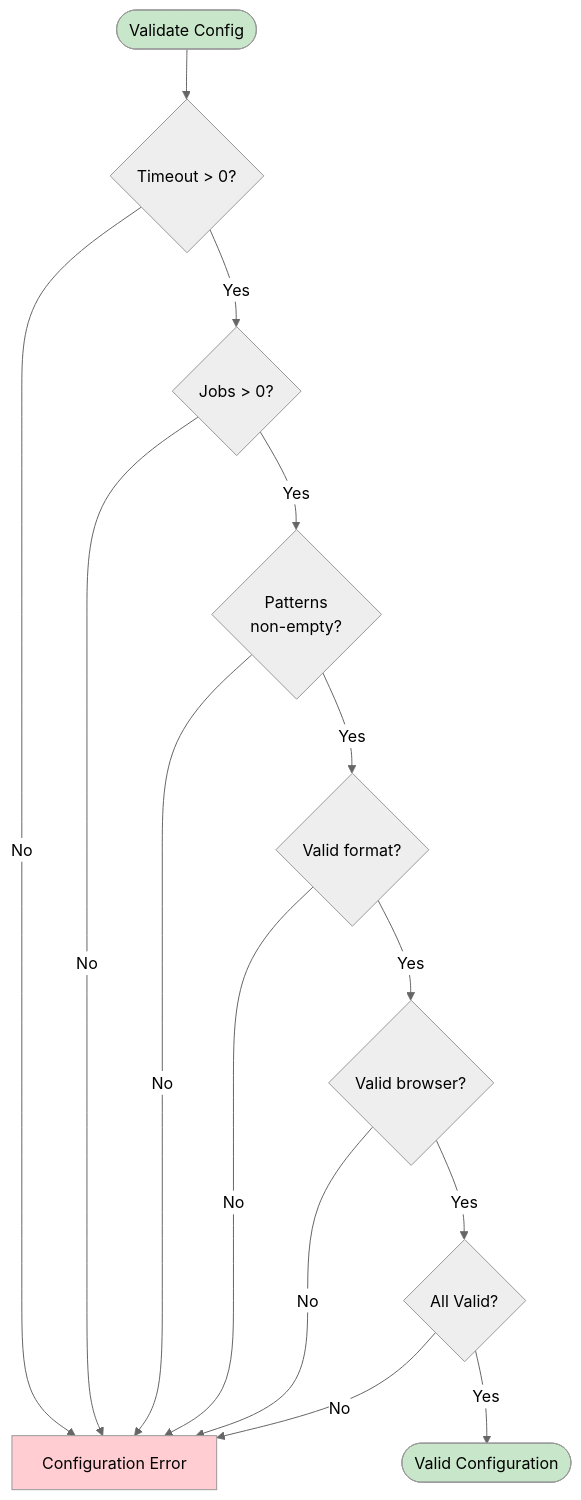
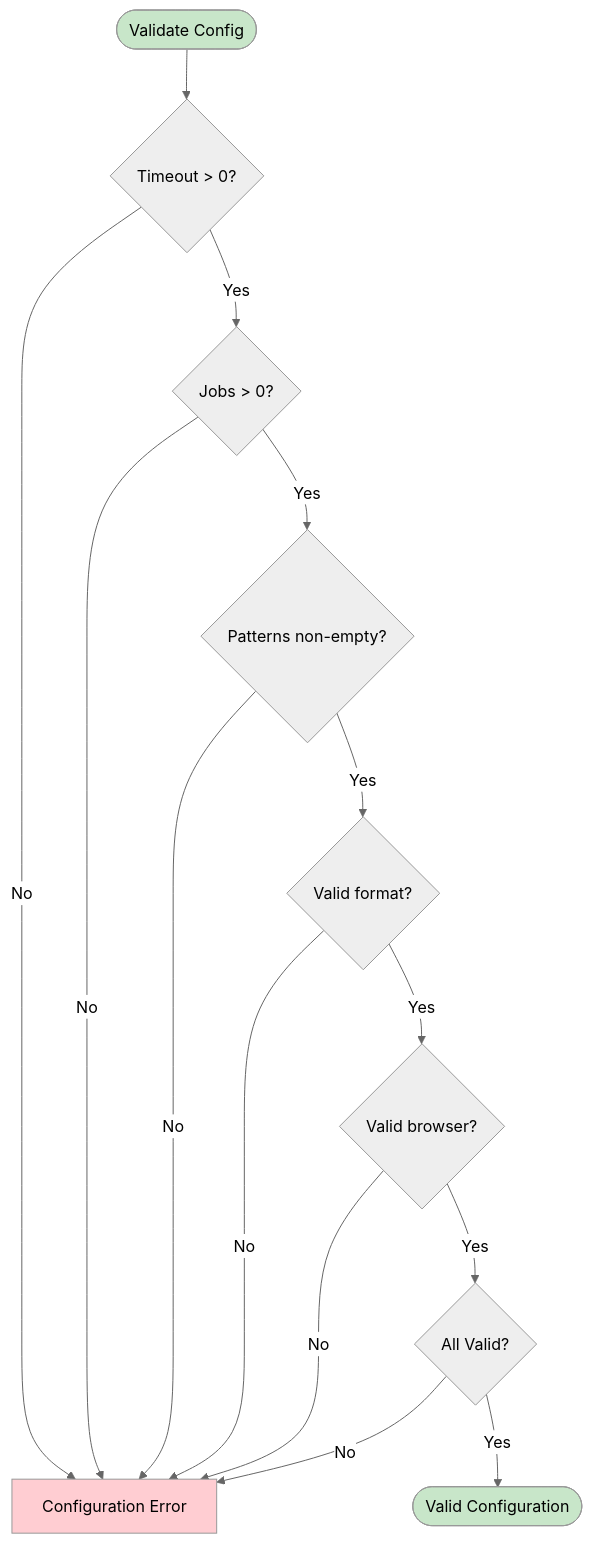
One commit to softwarewrighter/ui-test-rs changed the sixth of 8 diagrams in wiki/Configuration.md. Above: the diagram before and after it, drawn with Mermaid (neutral theme). The commit also changed other lines of this file and 10 other files, not shown here.

First line of the commit message:
Fix wiki Mermaid diagrams: remove <br/> tags

````diff
--- a/wiki/Configuration.md
+++ b/wiki/Configuration.md
@@ -317,30 +317,30 @@
 ```mermaid
 flowchart TB
     Start([Validate Config])
     CheckTimeout{Timeout > 0?}
     CheckJobs{Jobs > 0?}
-    CheckPatterns{Patterns<br/>non-empty?}
+    CheckPatterns{Patterns non-empty?}
     CheckFormat{Valid format?}
     CheckBrowser{Valid browser?}
     AllValid{All Valid?}
     Error[Configuration Error]
     Success([Valid Configuration])
 
     Start --> CheckTimeout
     CheckTimeout -->|No| Error
     CheckTimeout -->|Yes| CheckJobs
     CheckJobs -->|No| Error
     CheckJobs -->|Yes| CheckPatterns
     CheckPatterns -->|No| Error
     CheckPatterns -->|Yes| CheckFormat
     CheckFormat -->|No| Error
     CheckFormat -->|Yes| CheckBrowser
     CheckBrowser -->|No| Error
     CheckBrowser -->|Yes| AllValid
     AllValid -->|Yes| Success
     AllValid -->|No| Error
 
     style Start fill:#c8e6c9
     style Error fill:#ffcdd2
     style Success fill:#c8e6c9
 ```
````
